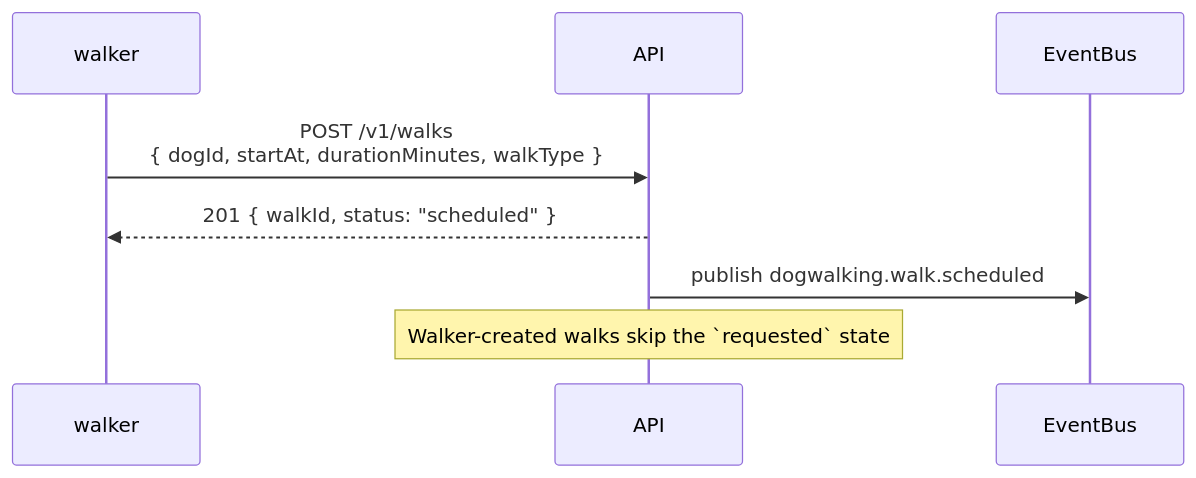
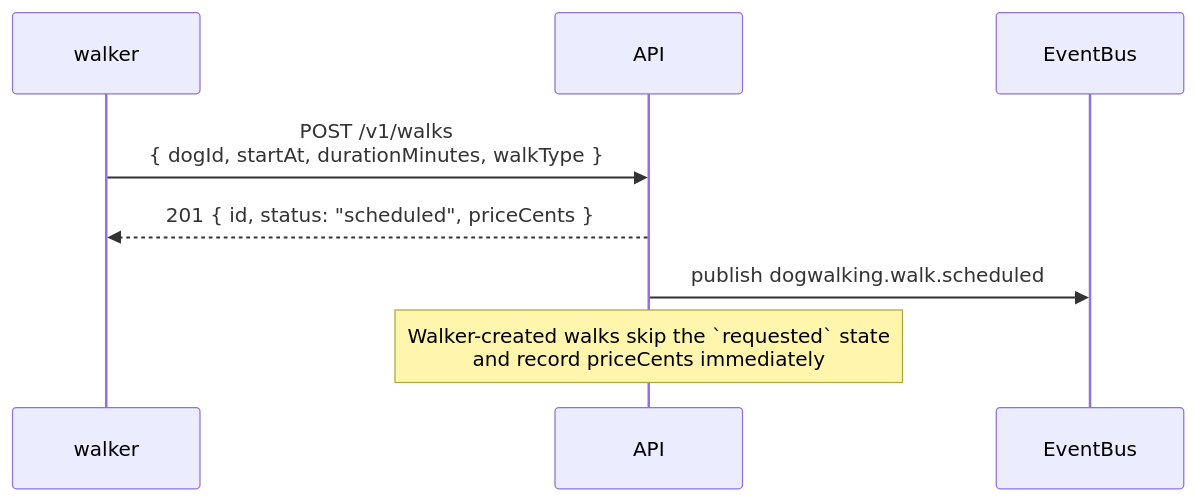
Before and after one commit to dataGriff/spec-dog-walking: the ninth of 12 diagrams in docs/specifications/sequence-diagrams.md, drawn with Mermaid. The commit also changed other lines of this file and 2 other files, not shown here.

First line of the commit message:
feat(flows): fix Flow 1 register body, cover new stories, align keys and ordering

````diff
--- a/docs/specifications/sequence-diagrams.md
+++ b/docs/specifications/sequence-diagrams.md
@@ -205,11 +235,11 @@
 ```mermaid
 sequenceDiagram
     participant walker
     participant API
     participant EventBus
 
     walker->>API: POST /v1/walks<br/>{ dogId, startAt, durationMinutes, walkType }
-    API-->>walker: 201 { walkId, status: "scheduled" }
+    API-->>walker: 201 { id, status: "scheduled", priceCents }
     API->>EventBus: publish dogwalking.walk.scheduled
-    Note over API: Walker-created walks skip the `requested` state
+    Note over API: Walker-created walks skip the `requested` state<br/>and record priceCents immediately
 ```
````
